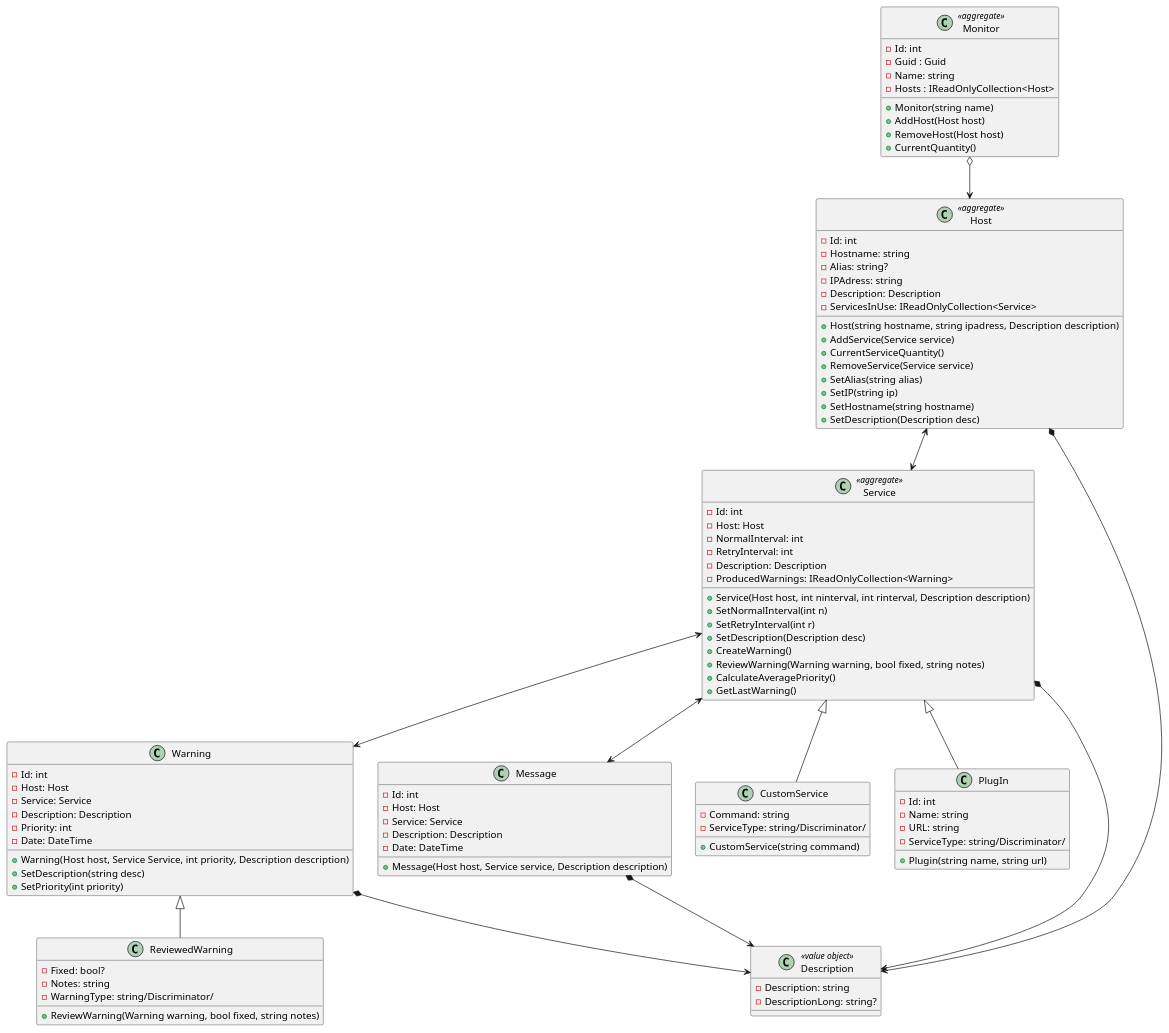
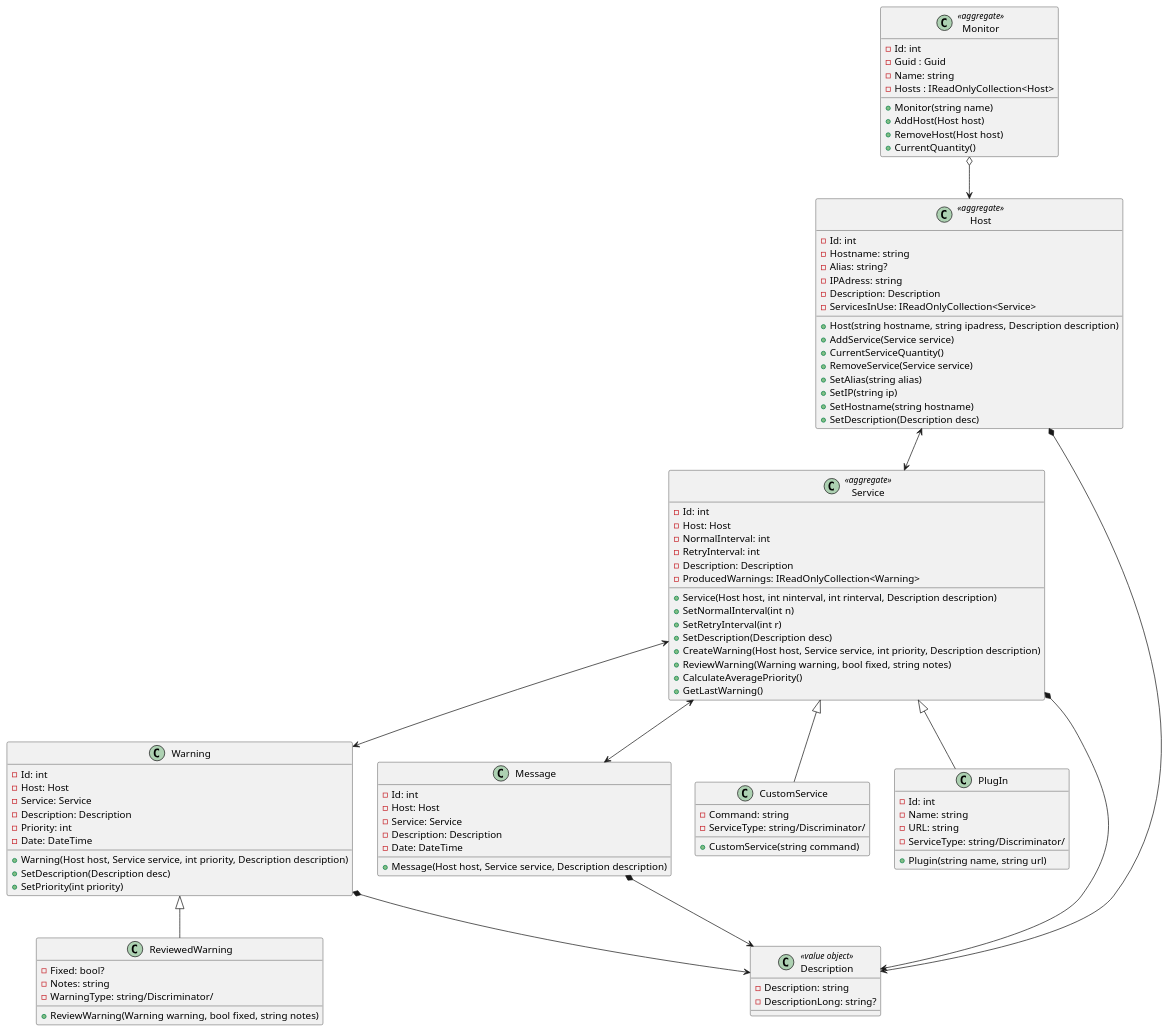
Before and after one commit to pa4ul/NetMonitor: the diagram in ClassDiagram/NetMonitor.puml, drawn with PlantUML. The commit also changed 21 other files, not shown here.

```diff
--- a/ClassDiagram/NetMonitor.puml
+++ b/ClassDiagram/NetMonitor.puml
@@ -1,107 +1,107 @@
 @startuml
 
 class Monitor <<aggregate>>{
     - Id: int
     - Guid : Guid
     - Name: string
     - Hosts : IReadOnlyCollection<Host>
     + Monitor(string name)
     + AddHost(Host host)
     + RemoveHost(Host host)
     + CurrentQuantity()
 }
 class Message{
     -Id: int
     -Host: Host
     -Service: Service
     -Description: Description
     -Date: DateTime
     +Message(Host host, Service service, Description description)
 }
 class Host <<aggregate>>{
     -Id: int
     -Hostname: string
     -Alias: string?
     -IPAdress: string
     -Description: Description
     -ServicesInUse: IReadOnlyCollection<Service>
     +Host(string hostname, string ipadress, Description description)
     +AddService(Service service)
     +CurrentServiceQuantity()
     +RemoveService(Service service)
     +SetAlias(string alias)
     +SetIP(string ip)
     +SetHostname(string hostname)
     +SetDescription(Description desc)
 }
 class Service<<aggregate>>{
     -Id: int
     -Host: Host
     -NormalInterval: int
     -RetryInterval: int
     -Description: Description
     -ProducedWarnings: IReadOnlyCollection<Warning>
     +Service(Host host, int ninterval, int rinterval, Description description)
     +SetNormalInterval(int n)
     +SetRetryInterval(int r)
     +SetDescription(Description desc)
-    +CreateWarning()
+    +CreateWarning(Host host, Service service, int priority, Description description)
     +ReviewWarning(Warning warning, bool fixed, string notes)
     +CalculateAveragePriority()
     +GetLastWarning()
 
 }
 
 class CustomService{
     -Command: string
     -ServiceType: string/Discriminator/
     +CustomService(string command)
 }
 
 class PlugIn{
     -Id: int
     -Name: string
     -URL: string
     -ServiceType: string/Discriminator/
     +Plugin(string name, string url)
 }
 
 class Description <<value object>>{
     -Description: string
     -DescriptionLong: string?
 }
 
 class Warning{
     -Id: int
     -Host: Host
     -Service: Service
     -Description: Description
     -Priority: int
     -Date: DateTime
-    +Warning(Host host, Service Service, int priority, Description description)
-    +SetDescription(string desc)
+    +Warning(Host host, Service service, int priority, Description description)
+    +SetDescription(Description desc)
     +SetPriority(int priority)
 }
 
 class ReviewedWarning{
     -Fixed: bool?
     -Notes: string
     -WarningType: string/Discriminator/
     +ReviewWarning(Warning warning, bool fixed, string notes)
 }
 
 
 
 ReviewedWarning -up-|> Warning
 CustomService -up-|> Service
 PlugIn -up-|> Service
 Host *--> Description
 Service *--> Description
 Warning *--> Description
 Message *--> Description
 Host <--> Service
 Monitor o--> Host
 Service <--> Warning
 Service <--> Message
 
 @enduml
```
